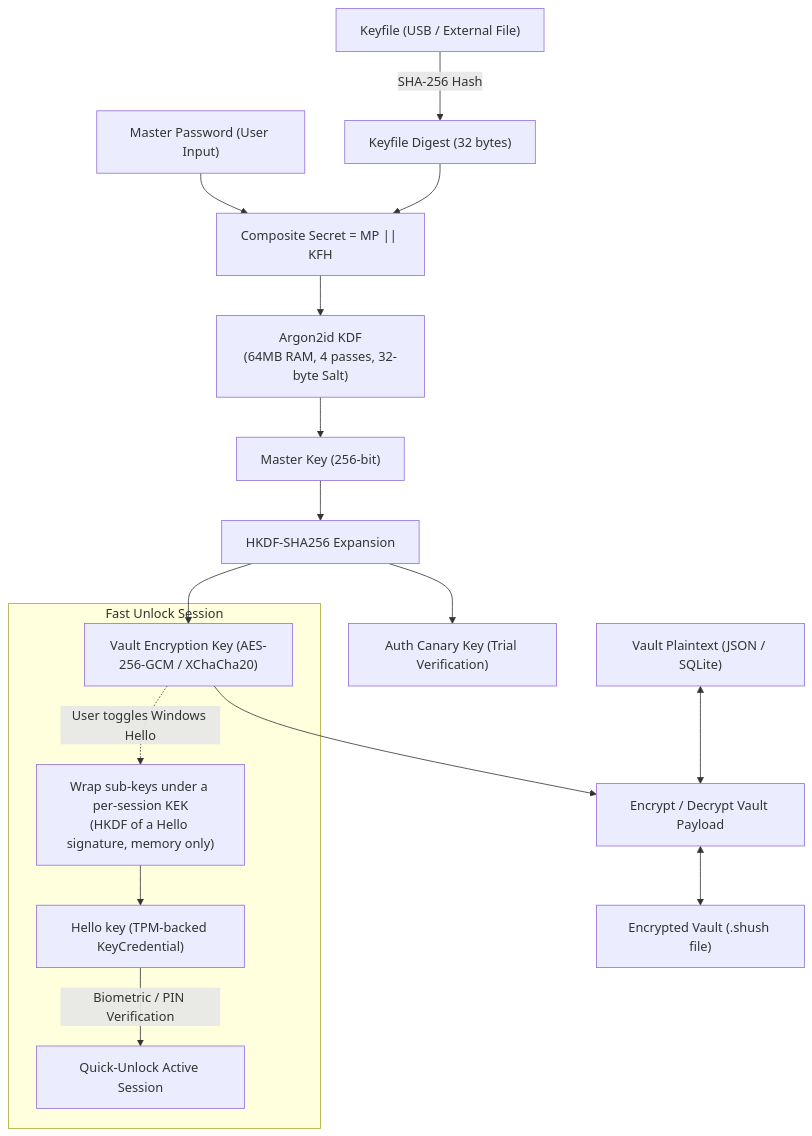
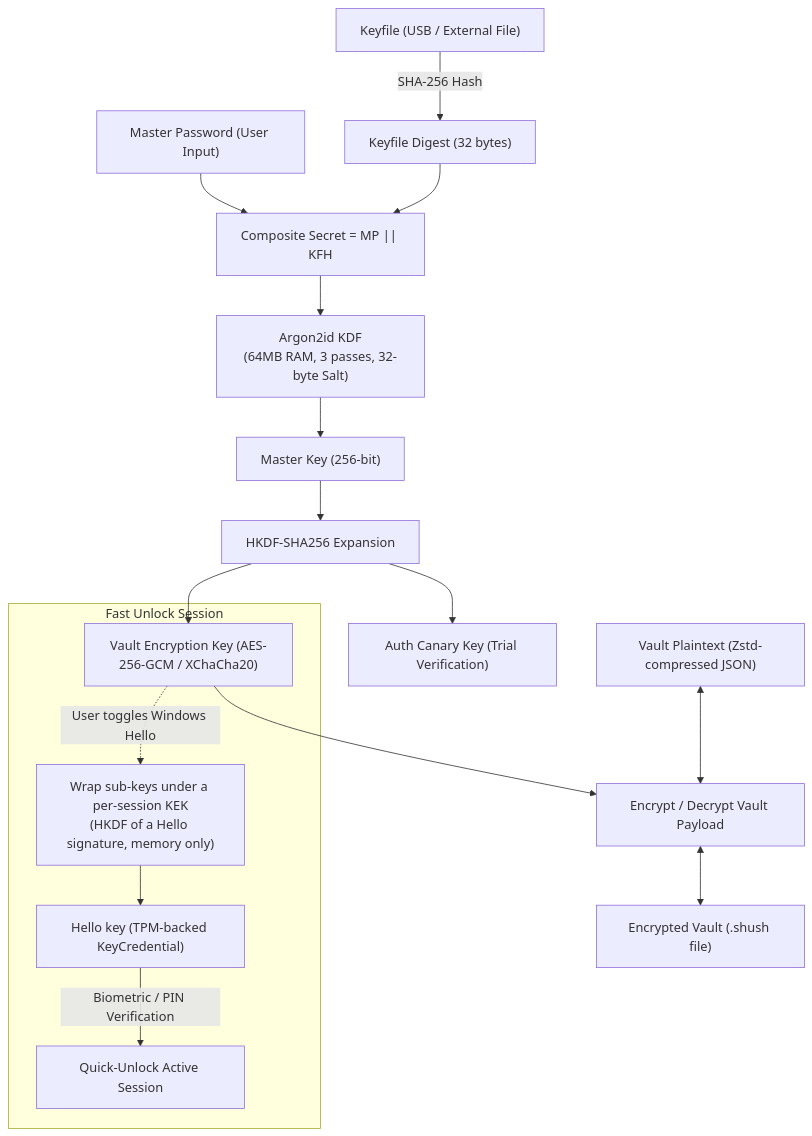
One commit to kash-talel/shush changed the first of 3 diagrams in docs/spec/architecture-plan.md. Above: the diagram before and after it, drawn with Mermaid. The commit also changed other lines of this file and 2 other files, not shown here.

Commit message:
fix(#23): reconcile inconsistencies across master spec, architecture plan, and security model (#95)

````diff
--- a/docs/spec/architecture-plan.md
+++ b/docs/spec/architecture-plan.md
@@ -14,23 +14,23 @@
 ```mermaid
 flowchart TD
     MP["Master Password (User Input)"]
     KF["Keyfile (USB / External File)"]
     
     KF -->|"SHA-256 Hash"| KFH["Keyfile Digest (32 bytes)"]
     MP & KFH --> Composite["Composite Secret = MP || KFH"]
     
-    Composite --> KDF["Argon2id KDF\n(64MB RAM, 4 passes, 32-byte Salt)"]
+    Composite --> KDF["Argon2id KDF\n(64MB RAM, 3 passes, 32-byte Salt)"]
     KDF --> MK["Master Key (256-bit)"]
     MK --> HKDF["HKDF-SHA256 Expansion"]
     HKDF --> VEK["Vault Encryption Key (AES-256-GCM / XChaCha20)"]
     HKDF --> VAK["Auth Canary Key (Trial Verification)"]
     
     VEK --> Encrypt["Encrypt / Decrypt Vault Payload"]
-    Plaintext["Vault Plaintext (JSON / SQLite)"] <--> Encrypt <--> Ciphertext["Encrypted Vault (.shush file)"]
+    Plaintext["Vault Plaintext (Zstd-compressed JSON)"] <--> Encrypt <--> Ciphertext["Encrypted Vault (.shush file)"]
 
     subgraph Fast Unlock Session
         VEK -.->|"User toggles Windows Hello"| TPMWrap["Wrap sub-keys under a per-session KEK\n(HKDF of a Hello signature, memory only)"]
         TPMWrap --> TPMEnclave["Hello key (TPM-backed KeyCredential)"]
         TPMEnclave -->|"Biometric / PIN Verification"| FastDecrypt["Quick-Unlock Active Session"]
     end
 ```
````
